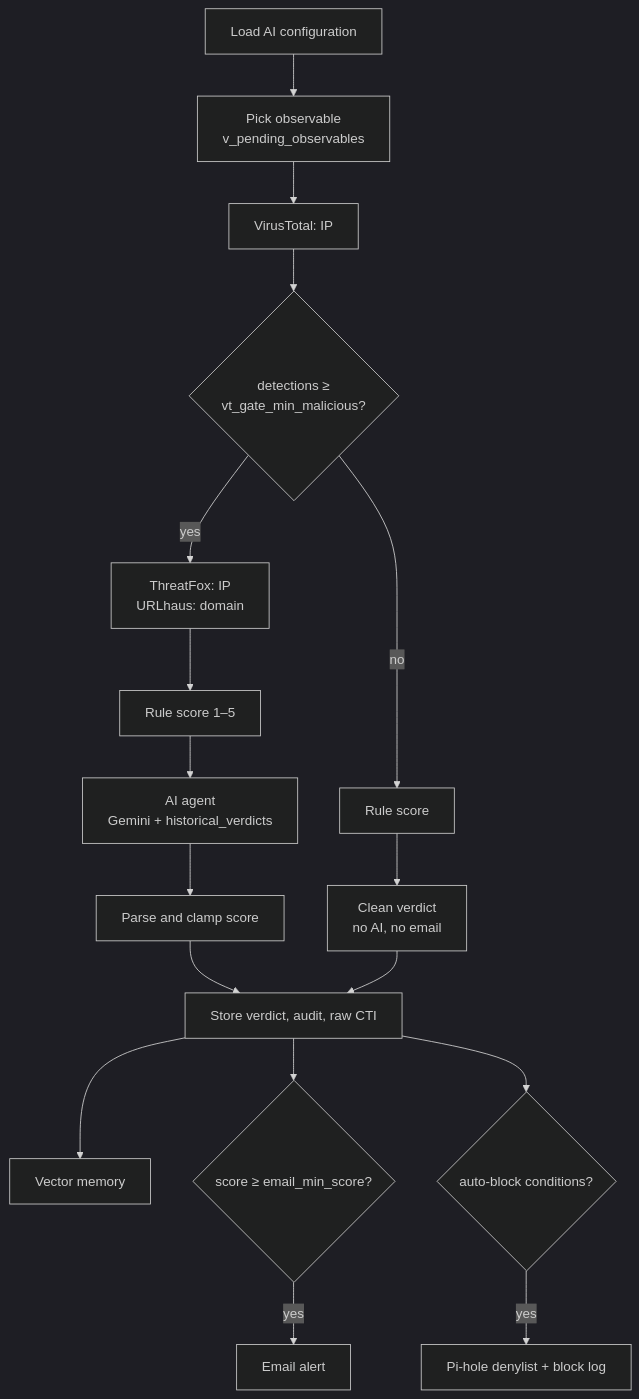
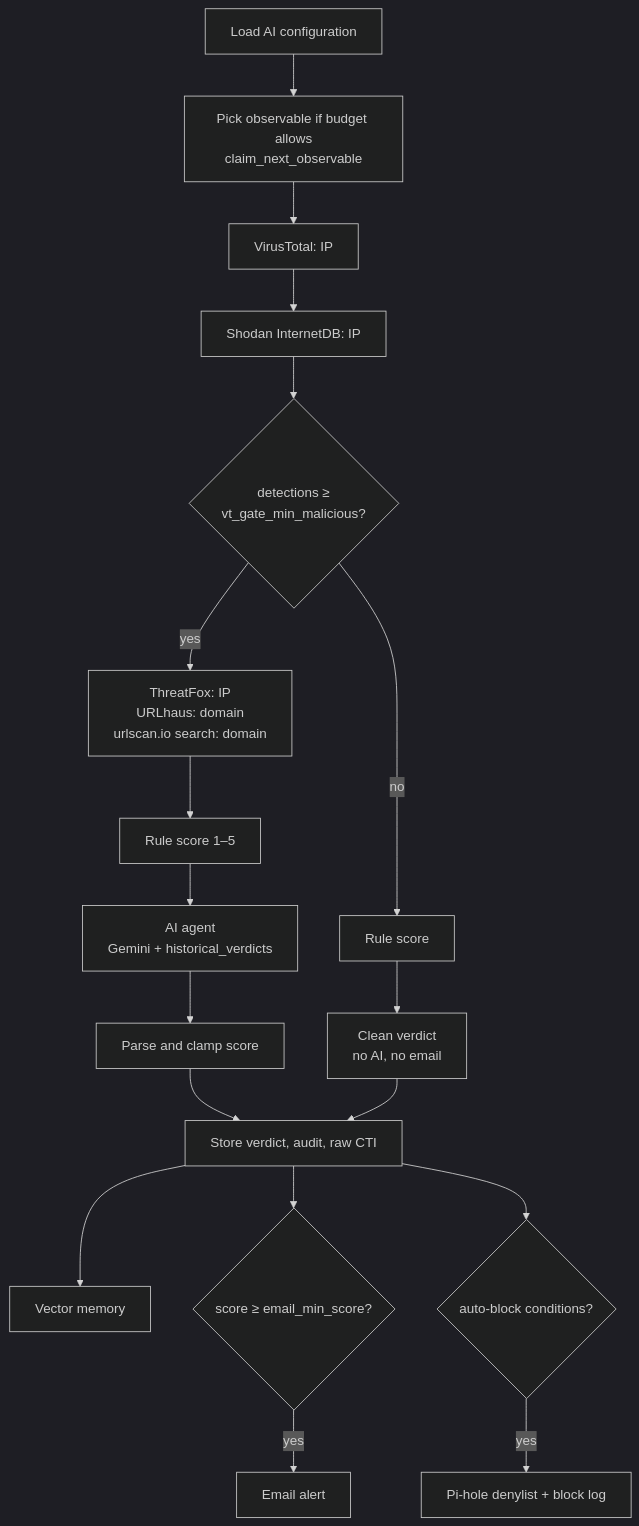
Before and after one commit to lukaszFD/cyber-sentinel: the first of 2 diagrams in docs/n8n.md, drawn with Mermaid (dark theme). The commit also changed other lines of this file and 22 other files, not shown here.

First line of the commit message:
20102026 shodan urlscan (#28)

````diff
--- a/docs/n8n.md
+++ b/docs/n8n.md
@@ -9,18 +12,19 @@
 ```mermaid
 flowchart TD
-    A[Load AI configuration] --> B[Pick observable<br>v_pending_observables]
+    A[Load AI configuration] --> B[Pick observable if budget allows<br>claim_next_observable]
     B --> C[VirusTotal: IP]
-    C --> D{detections ≥<br>vt_gate_min_malicious?}
+    C --> S[Shodan InternetDB: IP]
+    S --> D{detections ≥<br>vt_gate_min_malicious?}
     D -- no --> E[Rule score] --> F[Clean verdict<br>no AI, no email]
-    D -- yes --> G[ThreatFox: IP<br>URLhaus: domain]
+    D -- yes --> G[ThreatFox: IP<br>URLhaus: domain<br>urlscan.io search: domain]
     G --> H[Rule score 1–5]
     H --> I[AI agent<br>Gemini + historical_verdicts]
     I --> J[Parse and clamp score]
     J --> K[Store verdict, audit, raw CTI]
     F --> K
     K --> L[Vector memory]
     K --> M{score ≥ email_min_score?}
     M -- yes --> N[Email alert]
     K --> O{auto-block conditions?}
     O -- yes --> P[Pi-hole denylist + block log]
 ```
````
